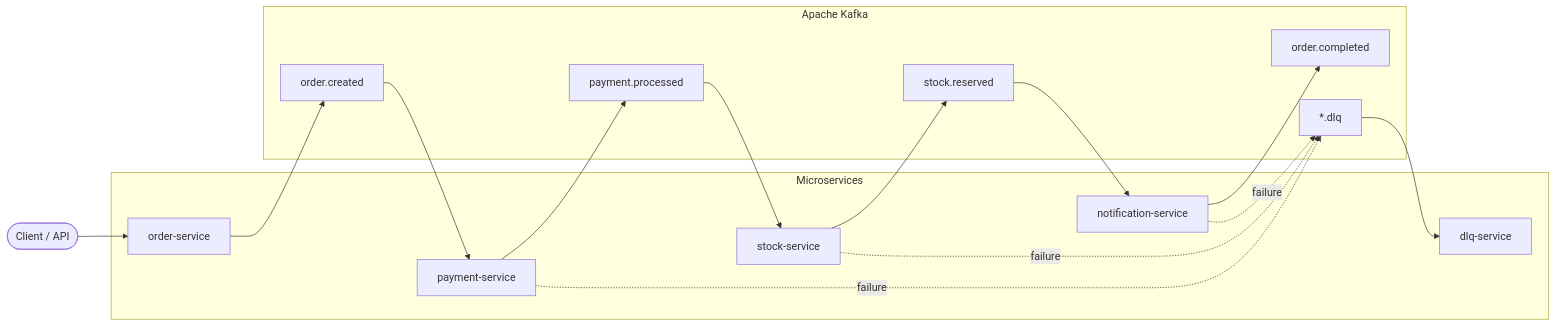
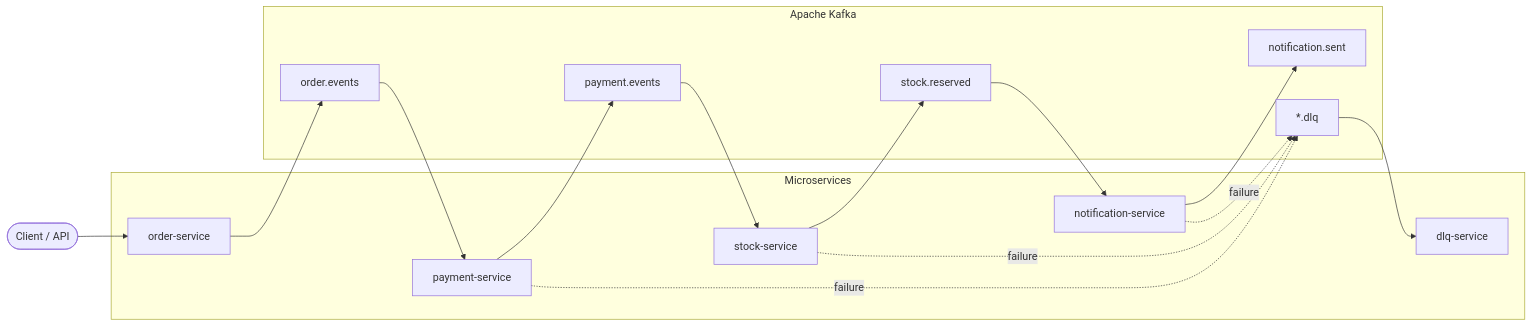
The diagram in README.md (braulioti/eventflow-kafka-microservices), drawn with Mermaid before and after one commit. The commit also changed other lines of this file and 26 other files, not shown here.

````diff
--- a/README.md
+++ b/README.md
@@ -23,34 +23,34 @@
 ```mermaid
 flowchart LR
   Client([Client / API])
 
   subgraph services [Microservices]
     OS[order-service]
     PS[payment-service]
     SS[stock-service]
     NS[notification-service]
     DLQ[dlq-service]
   end
 
   subgraph kafka [Apache Kafka]
-    T1[order.created]
-    T2[payment.processed]
+    T1[order.events]
+    T2[payment.events]
     T3[stock.reserved]
-    T4[order.completed]
+    T4[notification.sent]
     TDLQ[*.dlq]
   end
 
   Client --> OS
   OS --> T1
   T1 --> PS
   PS --> T2
   T2 --> SS
   SS --> T3
   T3 --> NS
   NS --> T4
 
   PS -.->|failure| TDLQ
   SS -.->|failure| TDLQ
   NS -.->|failure| TDLQ
   TDLQ --> DLQ
 ```
````
